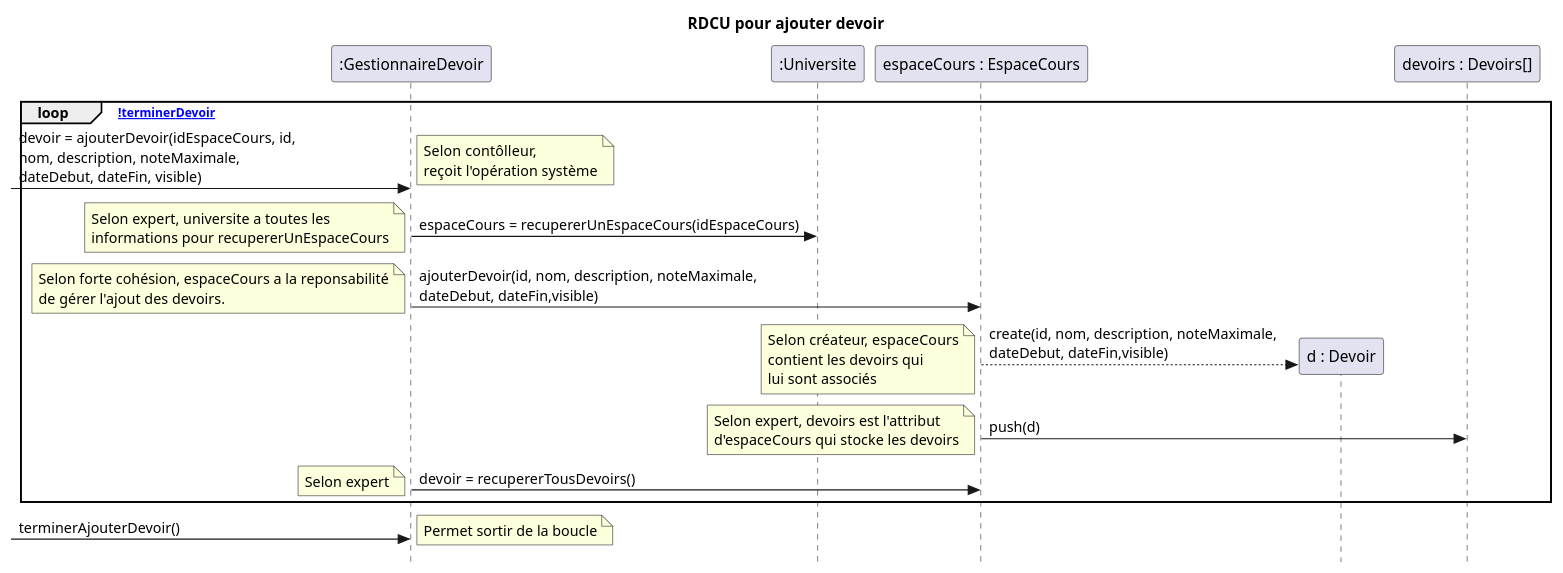
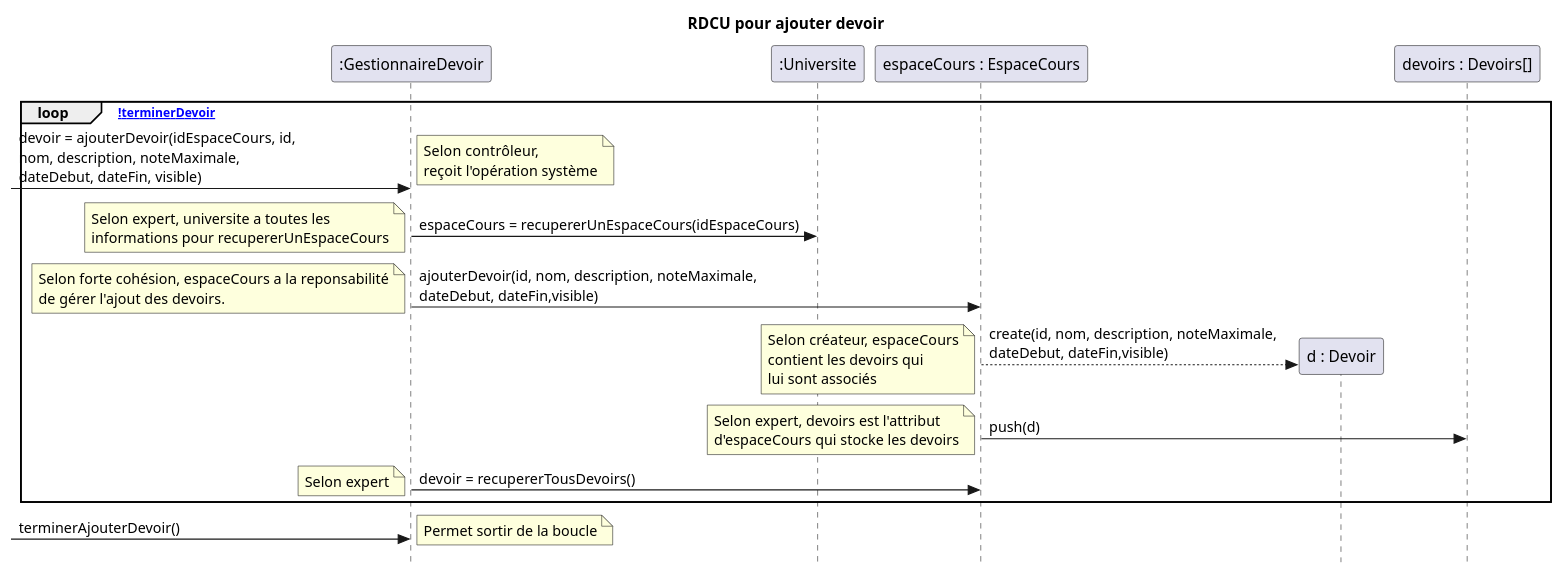
The second of 2 diagrams in docs/Ajouter devoir/RDCU_Ajouter_Devoir.puml (nerdz88/SGA-TS), drawn with PlantUML before and after one commit. The commit also changed other lines of this file and 11 other files, not shown here.

```diff
--- a/docs/Ajouter devoir/RDCU_Ajouter_Devoir.puml
+++ b/docs/Ajouter devoir/RDCU_Ajouter_Devoir.puml
@@ -17,28 +17,28 @@
 @startuml ajouterDevoir
 skinparam style strictuml
 skinparam defaultfontname Verdana
 title RDCU pour ajouter devoir
 participant ":GestionnaireDevoir" as gestionnaireDevoir
 participant ":Universite" as universite
 participant "espaceCours : EspaceCours" as cours
 participant "d : Devoir" as devoir
 participant "devoirs : Devoirs[]" as devoirs
 
 loop [!terminerDevoir]
   ->gestionnaireDevoir : devoir = ajouterDevoir(idEspaceCours, id, \nnom, description, noteMaximale,\ndateDebut, dateFin, visible)
-  note left : Selon contôlleur,\nreçoit l'opération système 
+  note left : Selon contrôleur,\nreçoit l'opération système 
   gestionnaireDevoir -> universite : espaceCours = recupererUnEspaceCours(idEspaceCours)
   note left : Selon expert, universite a toutes les\ninformations pour recupererUnEspaceCours
   gestionnaireDevoir -> cours : ajouterDevoir(id, nom, description, noteMaximale, \ndateDebut, dateFin,visible)
   note left : Selon forte cohésion, espaceCours a la reponsabilité\nde gérer l'ajout des devoirs.
   cours-->devoir** : create(id, nom, description, noteMaximale, \ndateDebut, dateFin,visible)
   note left : Selon créateur, espaceCours\ncontient les devoirs qui\nlui sont associés
   cours->devoirs : push(d)
   note left : Selon expert, devoirs est l'attribut\nd'espaceCours qui stocke les devoirs
   gestionnaireDevoir -> cours : devoir = recupererTousDevoirs()
   note left : Selon expert
 end
 -> gestionnaireDevoir : terminerAjouterDevoir()
 note left : Permet sortir de la boucle
 
 @enduml
```
